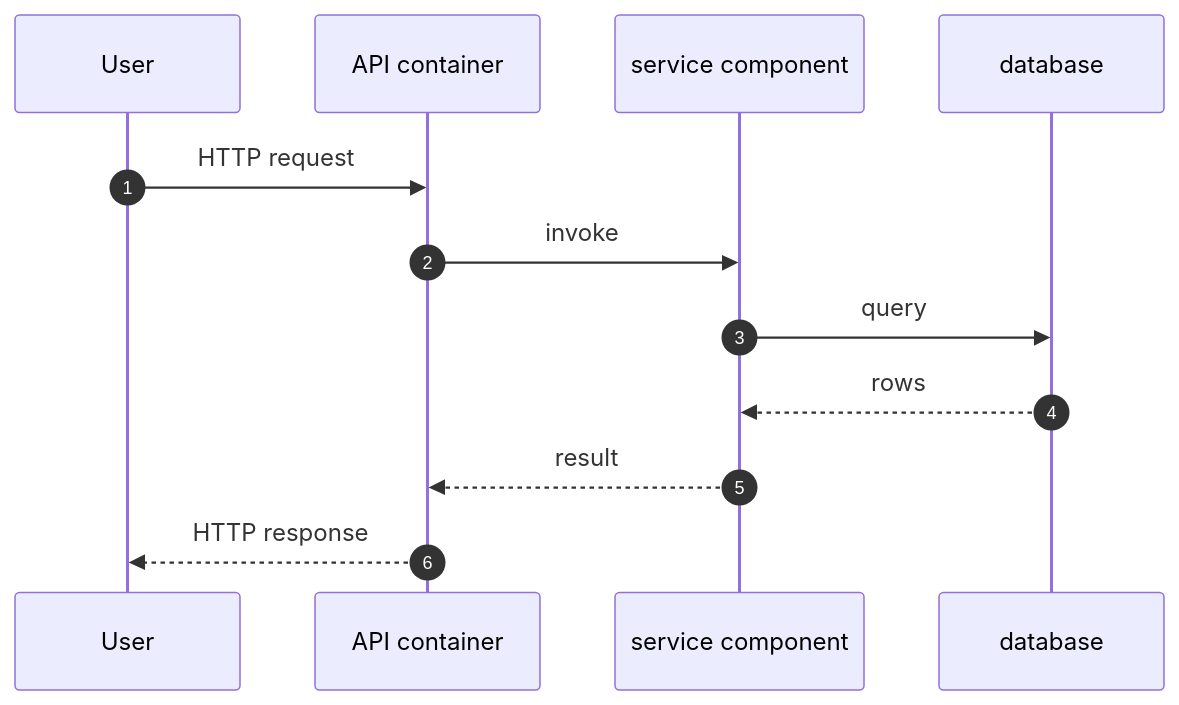
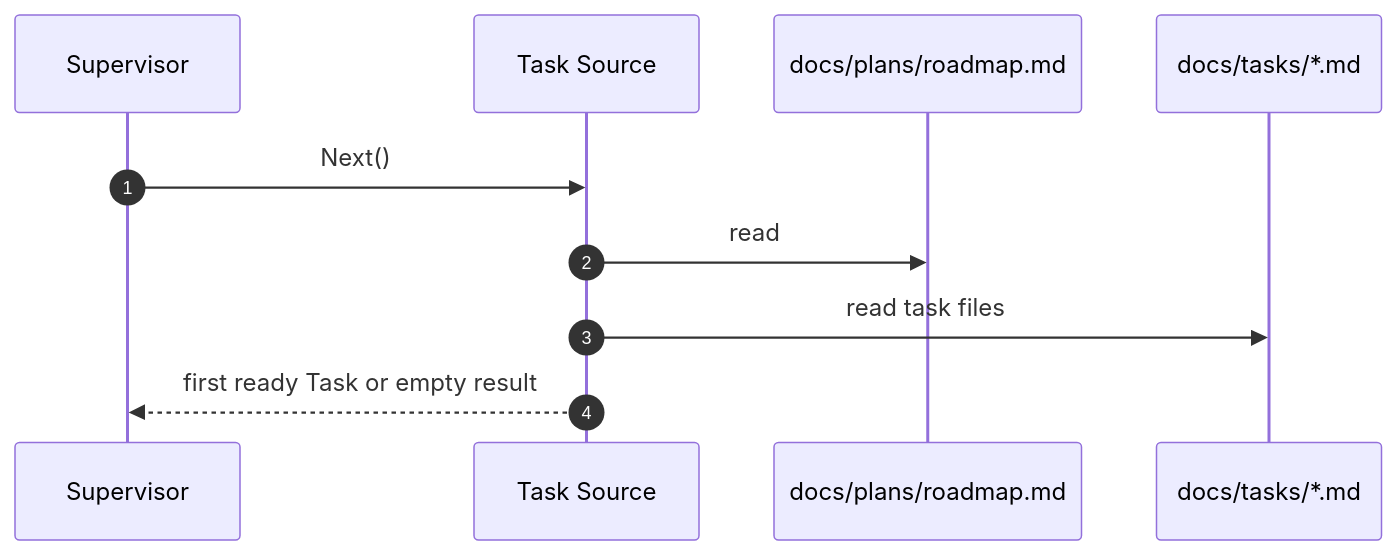
The fourth of 4 diagrams in docs/architecture/diagrams.md (tkdtaylor/agent-builder), drawn with Mermaid before and after one commit. The commit also changed other lines of this file and 9 other files, not shown here.

Commit message:
feat: complete task 010 — roadmap task source

````diff
--- a/docs/architecture/diagrams.md
+++ b/docs/architecture/diagrams.md
@@ -84,15 +87,13 @@
 ```mermaid
 sequenceDiagram
     autonumber
-    participant User
-    participant API as API container
-    participant Service as service component
-    participant DB as database
+    participant Supervisor
+    participant TaskSource as Task Source
+    participant Roadmap as docs/plans/roadmap.md
+    participant Tasks as docs/tasks/*.md
 
-    User->>API: HTTP request
-    API->>Service: invoke
-    Service->>DB: query
-    DB-->>Service: rows
-    Service-->>API: result
-    API-->>User: HTTP response
+    Supervisor->>TaskSource: Next()
+    TaskSource->>Roadmap: read
+    TaskSource->>Tasks: read task files
+    TaskSource-->>Supervisor: first ready Task or empty result
 ```
````
